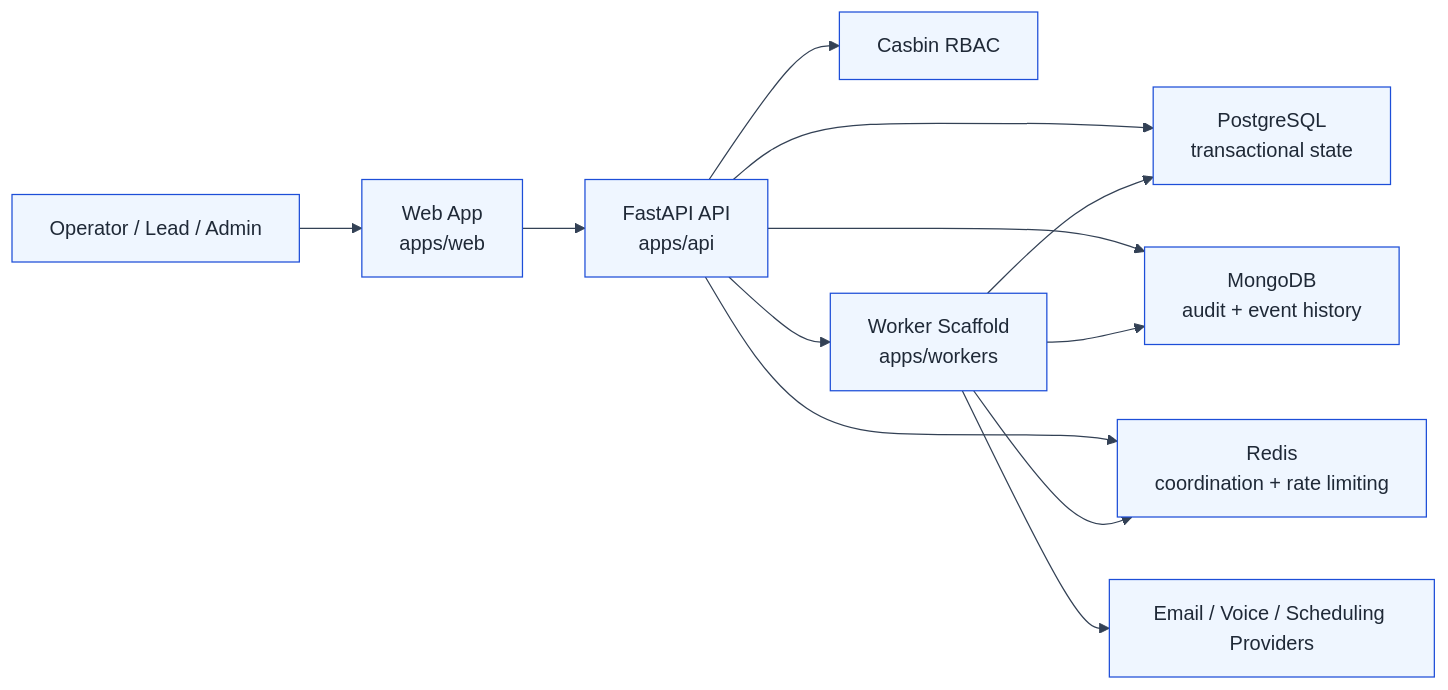
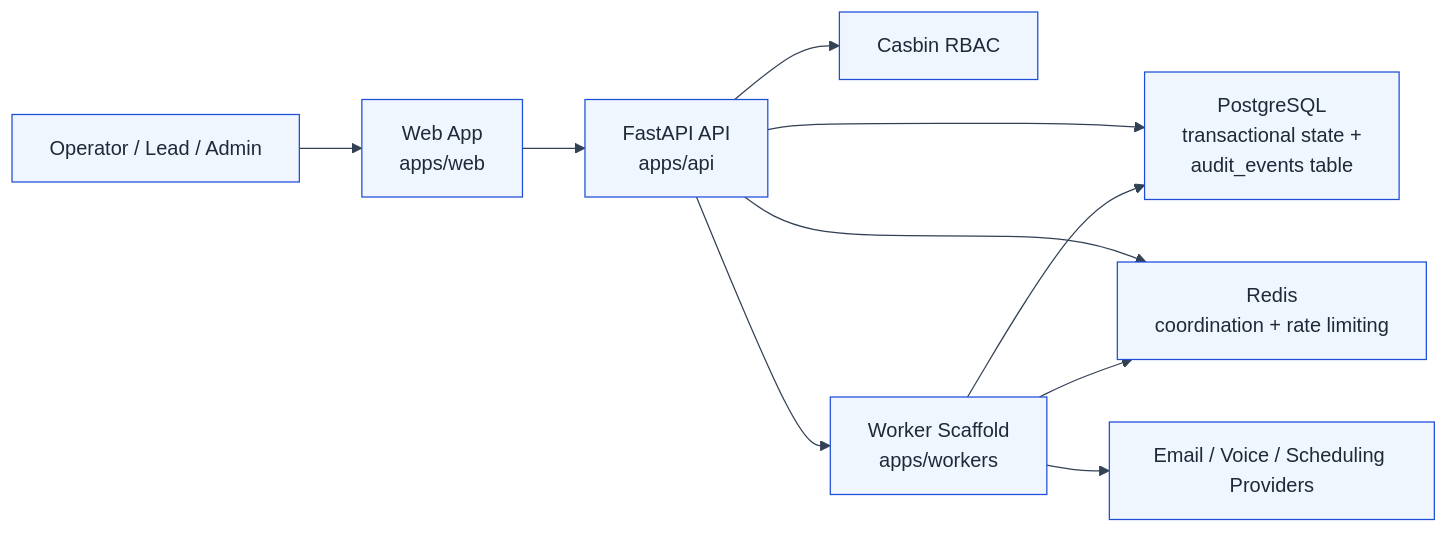
Before and after one commit to karthikrchandran/SignalLoop: the diagram in docs/architecture/README.md, drawn with Mermaid. The commit also changed other lines of this file and 110 other files, not shown here.

````diff
--- a/docs/architecture/README.md
+++ b/docs/architecture/README.md
@@ -30,15 +30,13 @@
 ```mermaid
 %%{init: {"theme": "base", "themeVariables": {"primaryColor": "#EFF6FF", "primaryTextColor": "#1F2937", "primaryBorderColor": "#1D4ED8", "lineColor": "#334155", "secondaryColor": "#F3F4F6", "secondaryTextColor": "#1F2937", "tertiaryColor": "#DBEAFE", "tertiaryTextColor": "#1E3A8A", "background": "#F9FAFB", "clusterBkg": "#FFFFFF", "clusterBorder": "#BFDBFE", "fontFamily": "Inter, Segoe UI, sans-serif"}}}%%
 flowchart LR
     Operator["Operator / Lead / Admin"] --> Web["Web App\napps/web"]
     Web --> API["FastAPI API\napps/api"]
-    API --> PG["PostgreSQL\ntransactional state"]
-    API --> Mongo["MongoDB\naudit + event history"]
+    API --> PG["PostgreSQL\ntransactional state +\naudit_events table"]
     API --> Redis["Redis\ncoordination + rate limiting"]
     API --> Authz["Casbin RBAC"]
     API --> Worker["Worker Scaffold\napps/workers"]
     Worker --> PG
-    Worker --> Mongo
     Worker --> Redis
     Worker --> Providers["Email / Voice / Scheduling Providers"]
 ```
````
